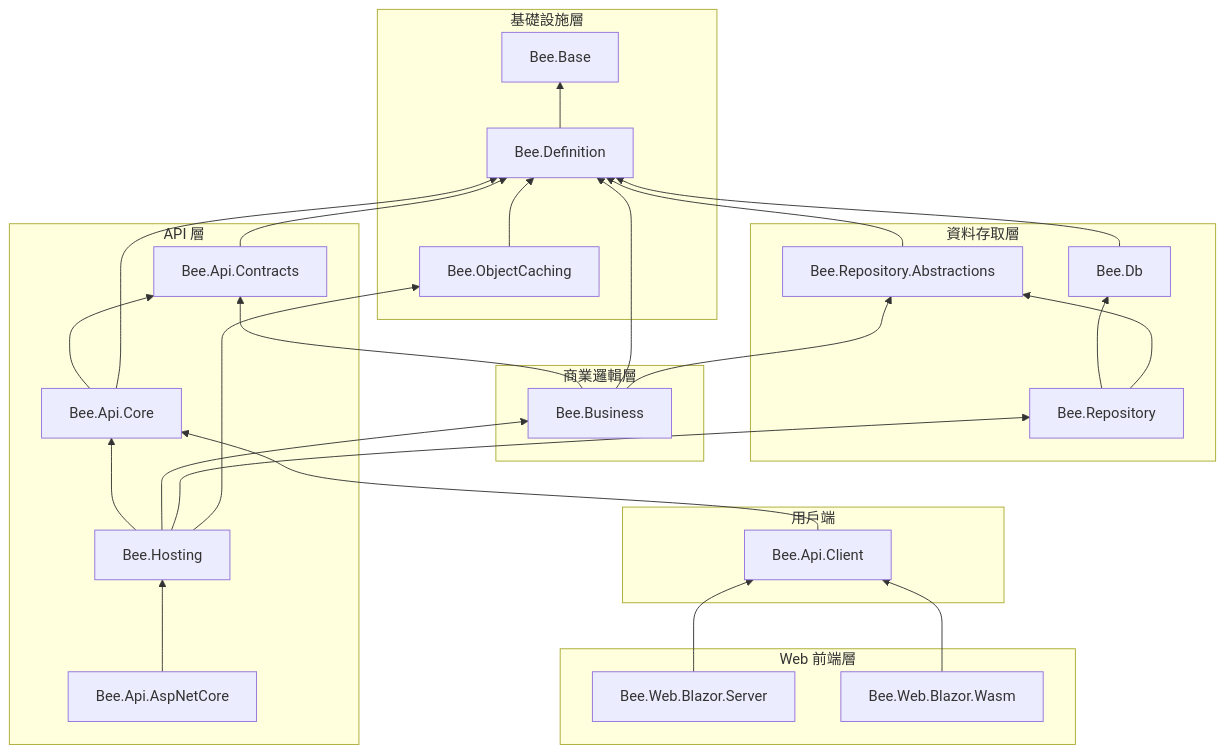
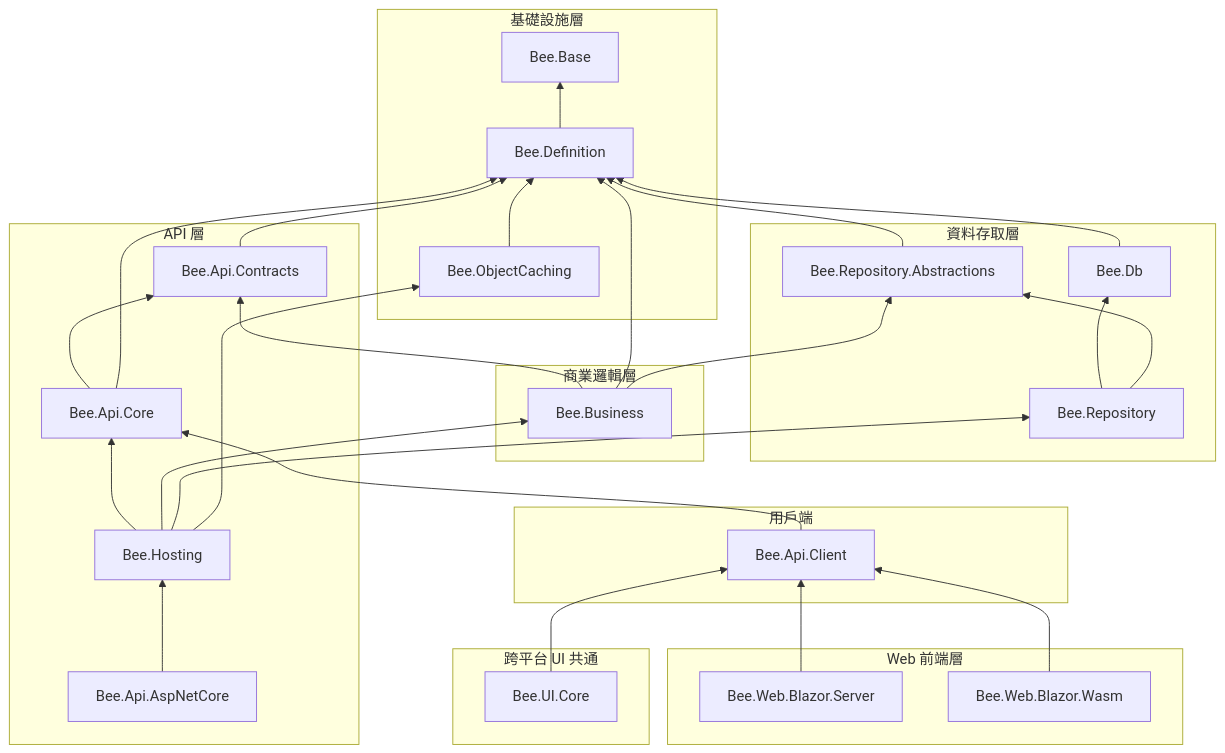
Before and after one commit to jeff377/bee-library: the diagram in docs/dependency-map.zh-TW.md, drawn with Mermaid. The commit also changed other lines of this file and 2 other files, not shown here.

Commit message:
docs(merge): dependency-map 補 Bee.UI.Core 跨平台 UI 共通層
- 雙語版相依圖加 Cross-platform UI Common subgraph,UICore --> Client
- 專案數 14 → 15,external package table 無新外部依賴
- 架構要點補 Bee.UI.Core 定位:供桌面 / Web / 未來 MAUI 共用
  client-side 連線狀態與 endpoint 持久化,無平台專屬 UI 程式碼
- plan-merge-bee-ui-core 標完成

````diff
--- a/docs/dependency-map.zh-TW.md
+++ b/docs/dependency-map.zh-TW.md
@@ -11,55 +11,60 @@
 ```mermaid
 graph BT
   subgraph 基礎設施層
     Base["Bee.Base"]
     Definition["Bee.Definition"]
     Caching["Bee.ObjectCaching"]
   end
 
   subgraph 資料存取層
     RepoAbs["Bee.Repository.Abstractions"]
     Db["Bee.Db"]
     Repo["Bee.Repository"]
   end
 
   subgraph 商業邏輯層
     Business["Bee.Business"]
   end
 
   subgraph API 層
     Contracts["Bee.Api.Contracts"]
     Core["Bee.Api.Core"]
     Hosting["Bee.Hosting"]
     AspNet["Bee.Api.AspNetCore"]
   end
 
   subgraph 用戶端
     Client["Bee.Api.Client"]
   end
 
+  subgraph 跨平台 UI 共通
+    UICore["Bee.UI.Core"]
+  end
+
   subgraph Web 前端層
     BlazorSrv["Bee.Web.Blazor.Server"]
     BlazorWasm["Bee.Web.Blazor.Wasm"]
   end
 
   Definition --> Base
   Contracts --> Definition
   Db --> Definition
   RepoAbs --> Definition
   Caching --> Definition
   Business --> Contracts
   Business --> Definition
   Business --> RepoAbs
   Repo --> Db
   Repo --> RepoAbs
   Core --> Contracts
   Core --> Definition
   Hosting --> Core
   Hosting --> Business
   Hosting --> Repo
   Hosting --> Caching
   AspNet --> Hosting
   Client --> Core
+  UICore --> Client
   BlazorSrv --> Client
   BlazorWasm --> Client
 ```
````
